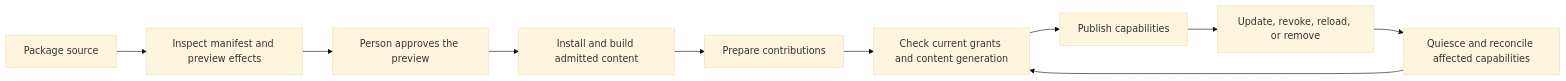
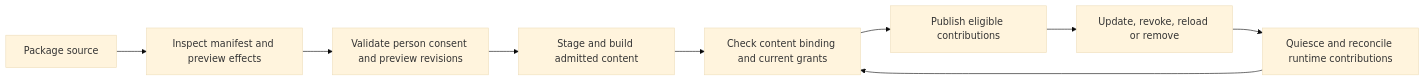
Before and after one commit to kontourai/station: the fifth of 7 diagrams in docs/architecture.md, drawn with Mermaid (base theme). The commit also changed other lines of this file, not shown here.

Commit message:
docs(architecture): explain verified execution and transport boundaries

````diff
--- a/docs/architecture.md
+++ b/docs/architecture.md
@@ -284,12 +240,11 @@
 ```mermaid
 flowchart LR
     Source[Package source] --> Preview[Inspect manifest and preview effects]
-    Preview --> Approval[Person approves the preview]
-    Approval --> Install[Install and build admitted content]
-    Install --> Prepare[Prepare contributions]
-    Prepare --> Grants[Check current grants and content generation]
-    Grants --> Active[Publish capabilities]
-    Active --> Change[Update, revoke, reload, or remove]
-    Change --> Reconcile[Quiesce and reconcile affected capabilities]
+    Preview --> Consent[Validate person consent and preview revisions]
+    Consent --> Stage[Stage and build admitted content]
+    Stage --> Grants[Check content binding and current grants]
+    Grants --> Active[Publish eligible contributions]
+    Active --> Change[Update, revoke, reload or remove]
+    Change --> Reconcile[Quiesce and reconcile runtime contributions]
     Reconcile --> Grants
 ```
````
